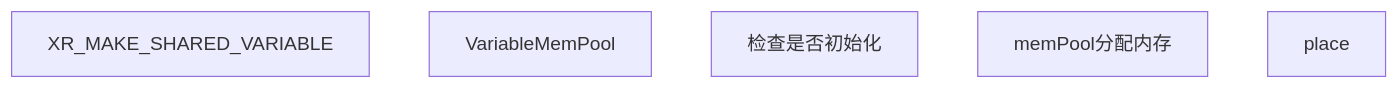
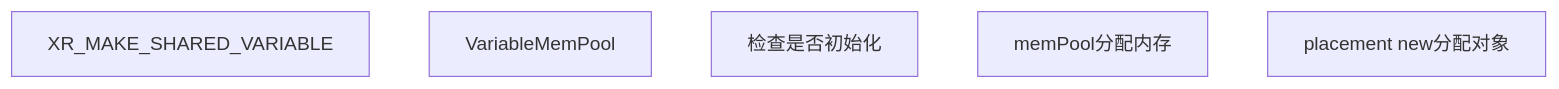
Before and after one commit to huzixuan1/iodraw-files: the diagram in all/未命名-5.md, drawn with Mermaid.

Commit message:
2025-05-21 16:50:00 update

````diff
--- a/all/未命名-5.md
+++ b/all/未命名-5.md
@@ -1,8 +1,9 @@
 ```mermaid
 graph TD
     A[XR_MAKE_SHARED_VARIABLE]
     B[VariableMemPool]
     C[检查是否初始化]
     D[memPool分配内存]
-    E[place]
+    E[placement new分配对象]
+    
 ```
````
